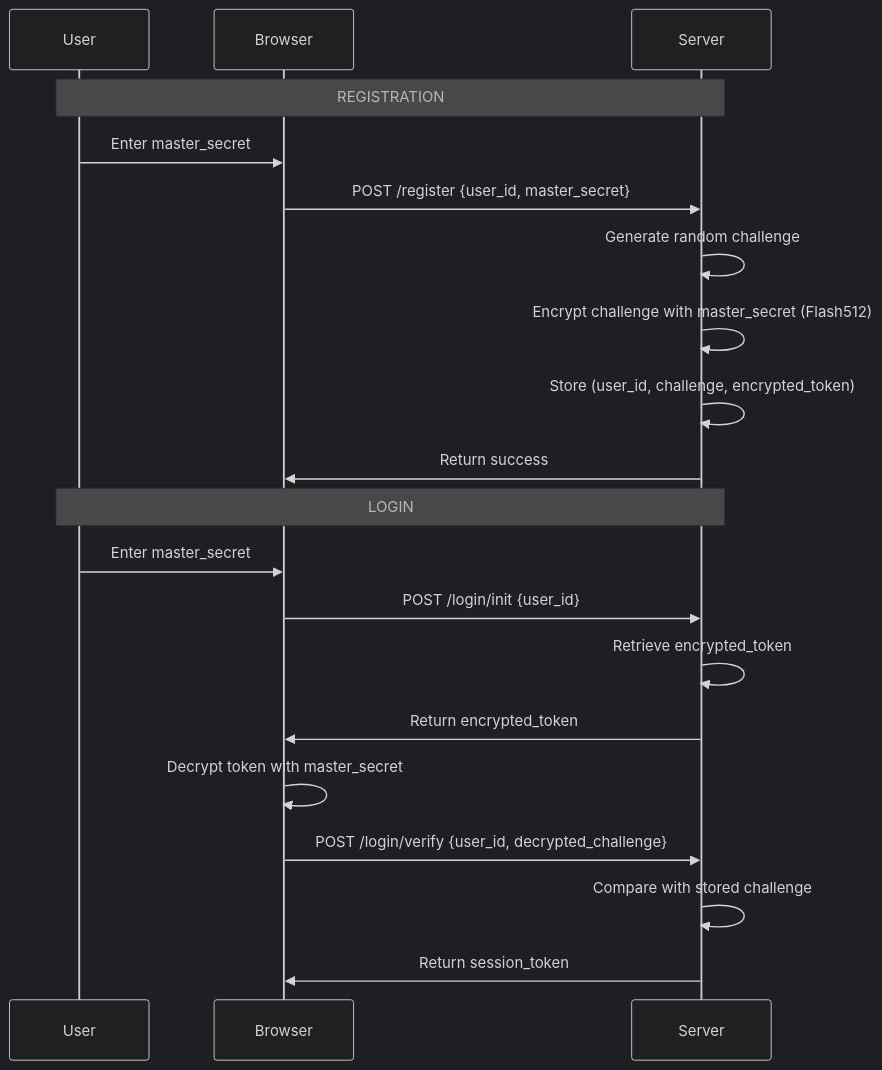
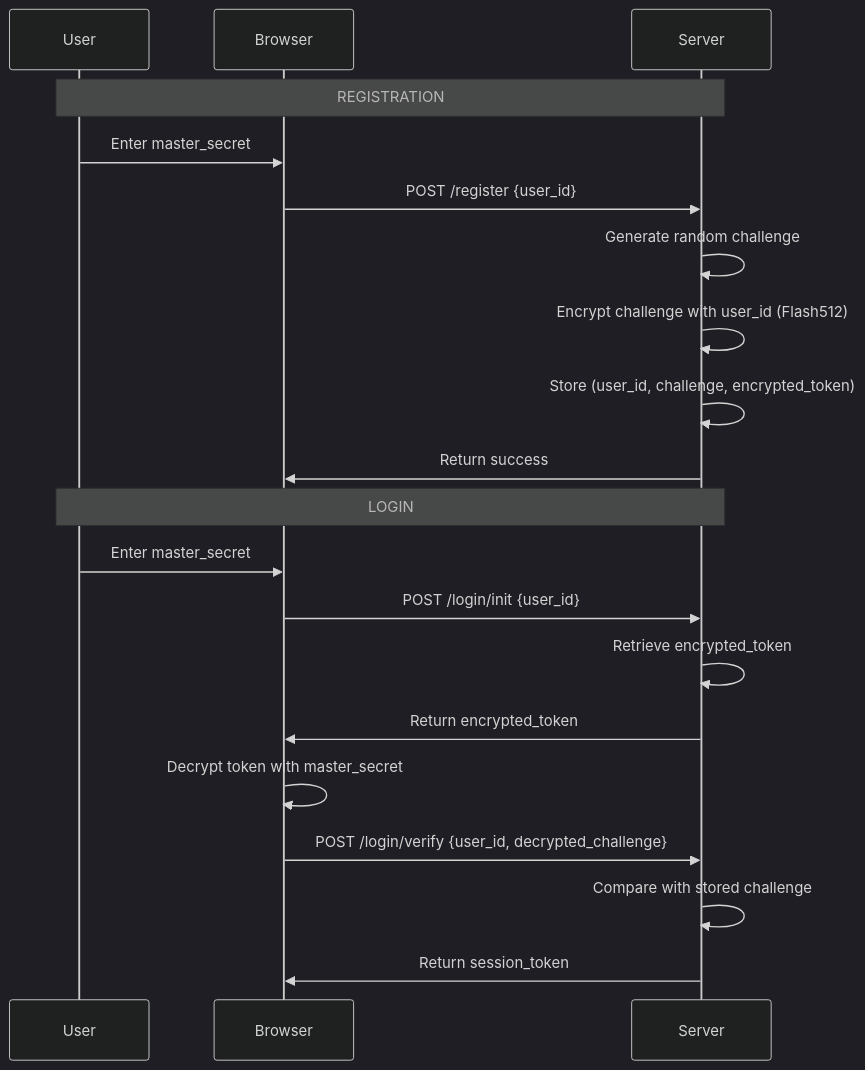
One commit to erabytse/CryptoLogin changed the diagram in README.md. Above: the diagram before and after it, drawn with Mermaid (dark theme). The commit also changed other lines of this file and 11 other files, not shown here.

````diff
--- a/README.md
+++ b/README.md
@@ -161,24 +163,24 @@
 ```mermaid
 sequenceDiagram
     participant User
     participant Browser
     participant Server
 
     Note over User,Server: REGISTRATION
     User->>Browser: Enter master_secret
-    Browser->>Server: POST /register {user_id, master_secret}
+    Browser->>Server: POST /register {user_id}
     Server->>Server: Generate random challenge
-    Server->>Server: Encrypt challenge with master_secret (Flash512)
+    Server->>Server: Encrypt challenge with user_id (Flash512)
     Server->>Server: Store (user_id, challenge, encrypted_token)
     Server->>Browser: Return success
 
     Note over User,Server: LOGIN
     User->>Browser: Enter master_secret
     Browser->>Server: POST /login/init {user_id}
     Server->>Server: Retrieve encrypted_token
     Server->>Browser: Return encrypted_token
     Browser->>Browser: Decrypt token with master_secret
     Browser->>Server: POST /login/verify {user_id, decrypted_challenge}
     Server->>Server: Compare with stored challenge
     Server->>Browser: Return session_token
 ```
````
